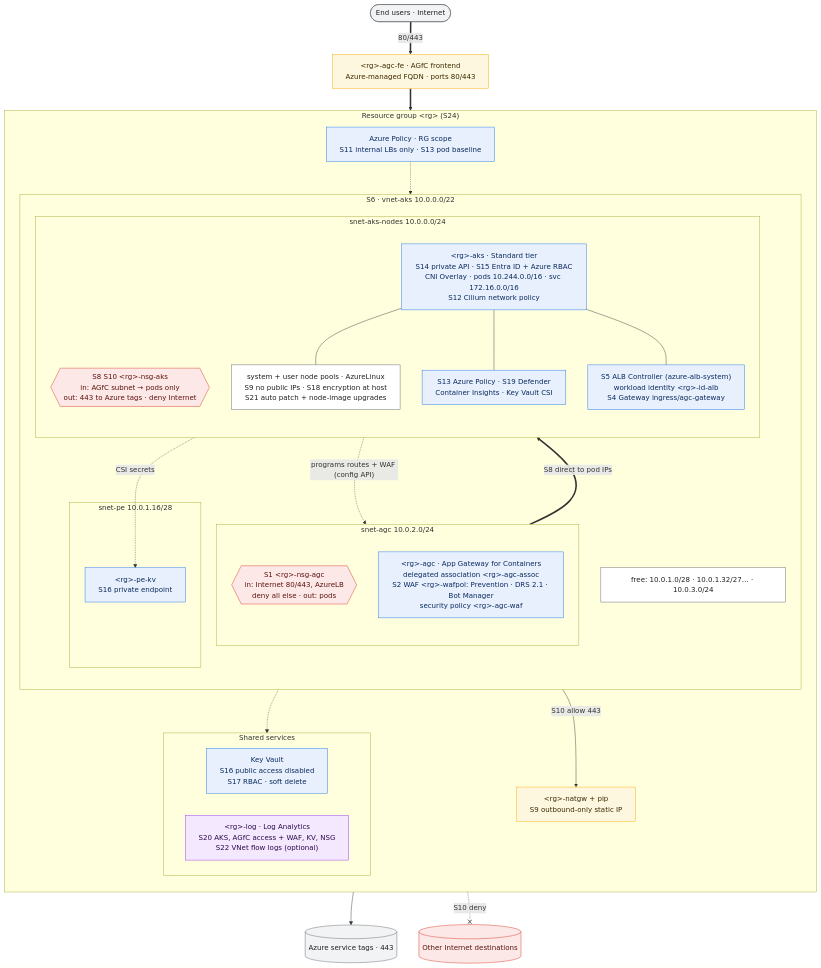
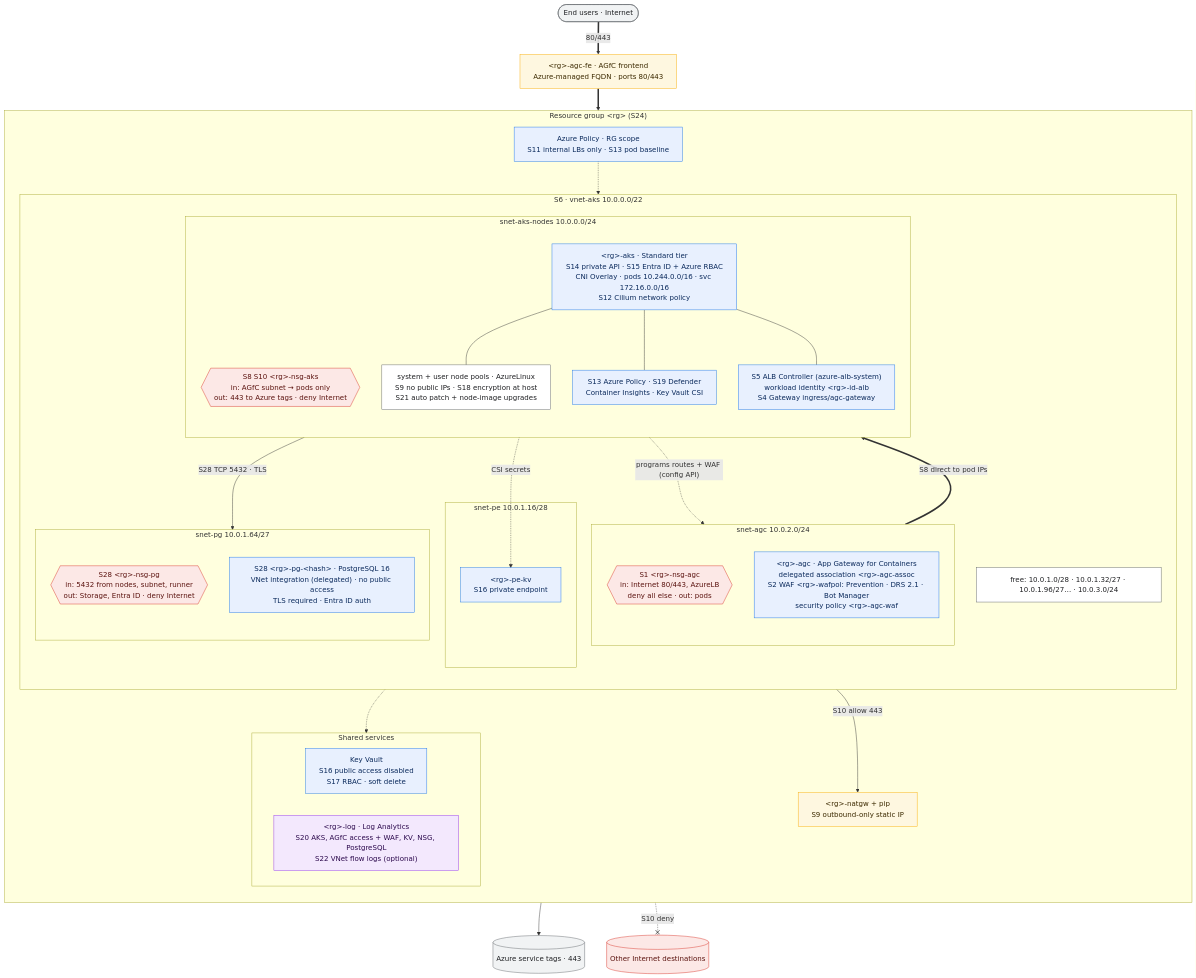
Before and after one commit to slakhani10/aks: the third of 5 diagrams in docs/architecture.md, drawn with Mermaid. The commit also changed other lines of this file and 9 other files, not shown here.

First line of the commit message:
Add PostgreSQL 16 flexible server with VNet integration

````diff
--- a/docs/architecture.md
+++ b/docs/architecture.md
@@ -101,65 +101,71 @@
 ```mermaid
 %%{init: {"flowchart": {"wrappingWidth": 360}}}%%
 flowchart TB
     classDef pub fill:#fef7e0,stroke:#f9ab00,color:#3c2a00
     classDef sec fill:#e8f0fe,stroke:#1a73e8,color:#0b2a5c
     classDef nsg fill:#fce8e6,stroke:#d93025,color:#5c1410
     classDef res fill:#ffffff,stroke:#5f6368,color:#202124
     classDef mon fill:#f3e8fd,stroke:#9334e6,color:#2d0a4e
     classDef ext fill:#f1f3f4,stroke:#5f6368,color:#202124
 
     USER(["End users · Internet"]):::ext
     FE["#lt;rg#gt;-agc-fe · AGfC frontend<br/>Azure-managed FQDN · ports 80/443"]:::pub
 
     subgraph RG["Resource group #lt;rg#gt; (S24)"]
         direction TB
 
         subgraph VNET["S6 · vnet-aks 10.0.0.0/22"]
             direction TB
             subgraph SNAGC["snet-agc 10.0.2.0/24"]
                 direction TB
                 NSGAGC{{"S1 #lt;rg#gt;-nsg-agc<br/>in: Internet 80/443, AzureLB<br/>deny all else · out: pods"}}:::nsg
                 AGC["#lt;rg#gt;-agc · App Gateway for Containers<br/>delegated association #lt;rg#gt;-agc-assoc<br/>S2 WAF #lt;rg#gt;-wafpol: Prevention · DRS 2.1 · Bot Manager<br/>security policy #lt;rg#gt;-agc-waf"]:::sec
             end
             subgraph SNNODES["snet-aks-nodes 10.0.0.0/24"]
                 direction TB
                 NSGAKS{{"S8 S10 #lt;rg#gt;-nsg-aks<br/>in: AGfC subnet → pods only<br/>out: 443 to Azure tags · deny Internet"}}:::nsg
                 AKS["#lt;rg#gt;-aks · Standard tier<br/>S14 private API · S15 Entra ID + Azure RBAC<br/>CNI Overlay · pods 10.244.0.0/16 · svc 172.16.0.0/16<br/>S12 Cilium network policy"]:::sec
                 POOLS["system + user node pools · AzureLinux<br/>S9 no public IPs · S18 encryption at host<br/>S21 auto patch + node-image upgrades"]:::res
                 ALB["S5 ALB Controller (azure-alb-system)<br/>workload identity #lt;rg#gt;-id-alb<br/>S4 Gateway ingress/agc-gateway"]:::sec
                 ADDONS["S13 Azure Policy · S19 Defender<br/>Container Insights · Key Vault CSI"]:::sec
             end
             subgraph SNPE["snet-pe 10.0.1.16/28"]
                 PEKV["#lt;rg#gt;-pe-kv<br/>S16 private endpoint"]:::sec
             end
-            FREE["free: 10.0.1.0/28 · 10.0.1.32/27… · 10.0.3.0/24"]:::res
+            subgraph SNPG["snet-pg 10.0.1.64/27"]
+                direction TB
+                NSGPG{{"S28 #lt;rg#gt;-nsg-pg<br/>in: 5432 from nodes, subnet, runner<br/>out: Storage, Entra ID · deny Internet"}}:::nsg
+                PG["S28 #lt;rg#gt;-pg-#lt;hash#gt; · PostgreSQL 16<br/>VNet integration (delegated) · no public access<br/>TLS required · Entra ID auth"]:::sec
+            end
+            FREE["free: 10.0.1.0/28 · 10.0.1.32/27 · 10.0.1.96/27… · 10.0.3.0/24"]:::res
         end
 
         NATGW["#lt;rg#gt;-natgw + pip<br/>S9 outbound-only static IP"]:::pub
 
         subgraph SHARED["Shared services"]
             direction LR
             KV["Key Vault<br/>S16 public access disabled<br/>S17 RBAC · soft delete"]:::sec
-            LAW["#lt;rg#gt;-log · Log Analytics<br/>S20 AKS, AGfC access + WAF, KV, NSG<br/>S22 VNet flow logs (optional)"]:::mon
+            LAW["#lt;rg#gt;-log · Log Analytics<br/>S20 AKS, AGfC access + WAF, KV, NSG, PostgreSQL<br/>S22 VNet flow logs (optional)"]:::mon
         end
 
         POLICY["Azure Policy · RG scope<br/>S11 internal LBs only · S13 pod baseline"]:::sec
     end
 
     AZSVC[("Azure service tags · 443")]:::ext
     BLOCKED[("Other Internet destinations")]:::nsg
 
     USER ==>|"80/443"| FE
     FE ==> AGC
     AGC ==>|"S8 direct to pod IPs"| POOLS
     ALB -.->|"programs routes + WAF (config API)"| AGC
     AKS --- POOLS
     AKS --- ADDONS
     AKS --- ALB
     POOLS -->|"S10 allow 443"| NATGW
     NATGW --> AZSVC
     POOLS -.-x|"S10 deny"| BLOCKED
     POOLS -.->|"CSI secrets"| PEKV
     PEKV -.-> KV
+    POOLS -->|"S28 TCP 5432 · TLS"| PG
     POLICY -.-> ADDONS
 ```
````
